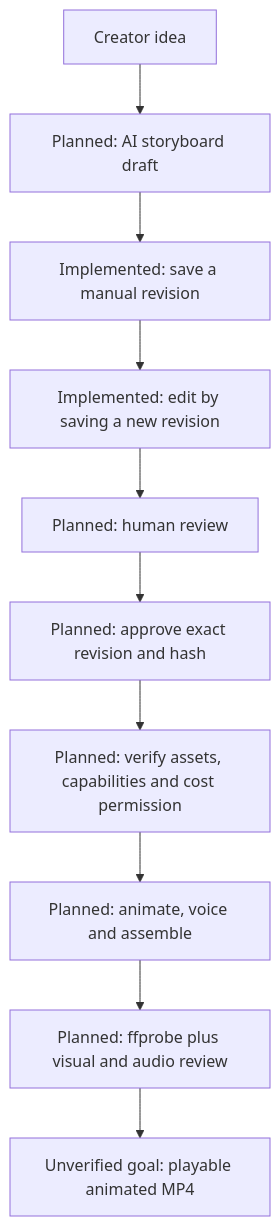
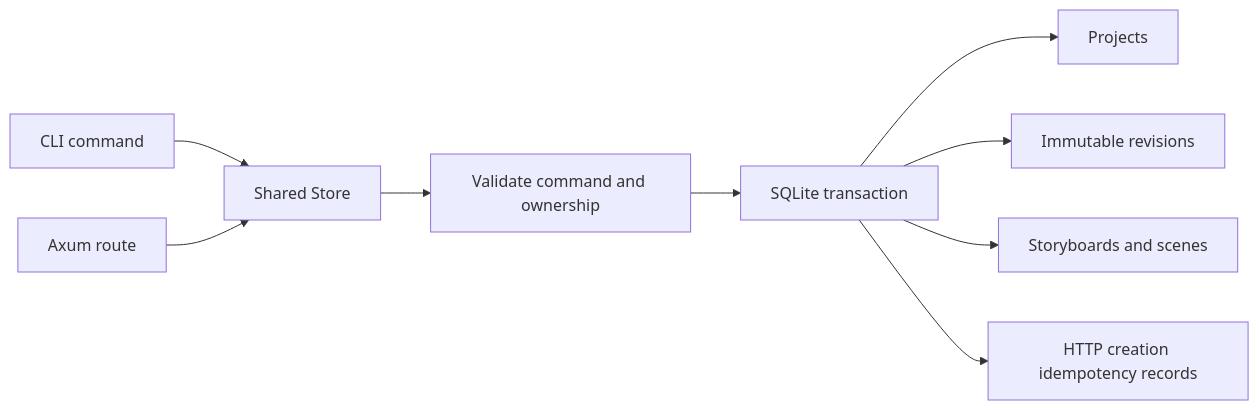
One commit to RahmatHadinata23758051/Scenivox changed the first of 6 diagrams in README.md. Above: the diagram before and after it, drawn with Mermaid. The commit also changed other lines of this file and 14 other files, not shown here.

````diff
--- a/README.md
+++ b/README.md
@@ -74,12 +62,11 @@
 ```mermaid
-flowchart TD
-    Idea[Creator idea] --> Draft[Planned: AI storyboard draft]
-    Draft --> Save[Implemented: save a manual revision]
-    Save --> Edit[Implemented: edit by saving a new revision]
-    Edit --> Review[Planned: human review]
-    Review --> Approval[Planned: approve exact revision and hash]
-    Approval --> Gates[Planned: verify assets, capabilities and cost permission]
-    Gates --> Render[Planned: animate, voice and assemble]
-    Render --> QA[Planned: ffprobe plus visual and audio review]
-    QA --> Export[Unverified goal: playable animated MP4]
+flowchart LR
+    CLI[CLI command] --> STORE[Shared Store]
+    HTTP[Axum route] --> STORE
+    STORE --> VALIDATE[Validate command and ownership]
+    VALIDATE --> TX[SQLite transaction]
+    TX --> PROJECT[Projects]
+    TX --> REV[Immutable revisions]
+    TX --> STORY[Storyboards and scenes]
+    TX --> IDEM[HTTP creation idempotency records]
 ```
````
